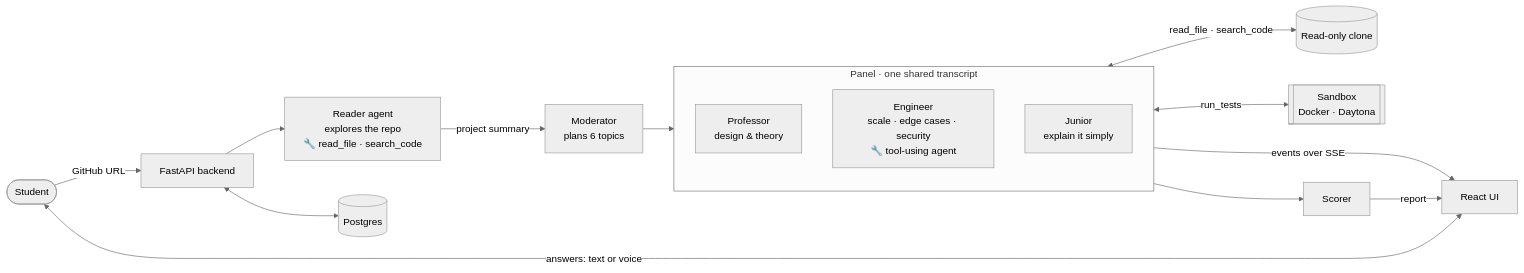
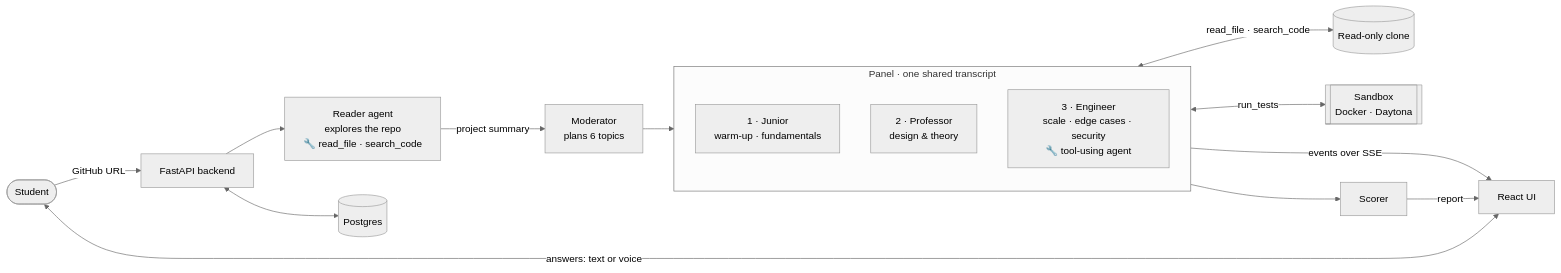
The diagram in README.md (goyalnishtha841/vivapanel), drawn with Mermaid (neutral theme) before and after one commit. The commit also changed other lines of this file, not shown here.

````diff
--- a/README.md
+++ b/README.md
@@ -226,22 +239,22 @@
 ```mermaid
 flowchart LR
     S([Student]) -->|GitHub URL| API[FastAPI backend]
     API --> RR[Reader agent<br/>explores the repo<br/>🔧 read_file · search_code]
     RR -->|project summary| MOD[Moderator<br/>plans 6 topics]
     MOD --> PANEL
 
     subgraph PANEL [Panel · one shared transcript]
         direction TB
-        P[Professor<br/>design & theory]
-        E[Engineer<br/>scale · edge cases · security<br/>🔧 tool-using agent]
-        J[Junior<br/>explain it simply]
+        J[1 · Junior<br/>warm-up · fundamentals]
+        P[2 · Professor<br/>design & theory]
+        E[3 · Engineer<br/>scale · edge cases · security<br/>🔧 tool-using agent]
     end
 
     E <-->|read_file · search_code| REPO[(Read-only clone)]
     E <-->|run_tests| BOX[[Sandbox<br/>Docker · Daytona]]
     PANEL -->|events over SSE| UI[React UI]
     S <-->|answers: text or voice| UI
     PANEL --> SC[Scorer]
     SC -->|report| UI
     API <--> DB[(Postgres)]
 ```
````
